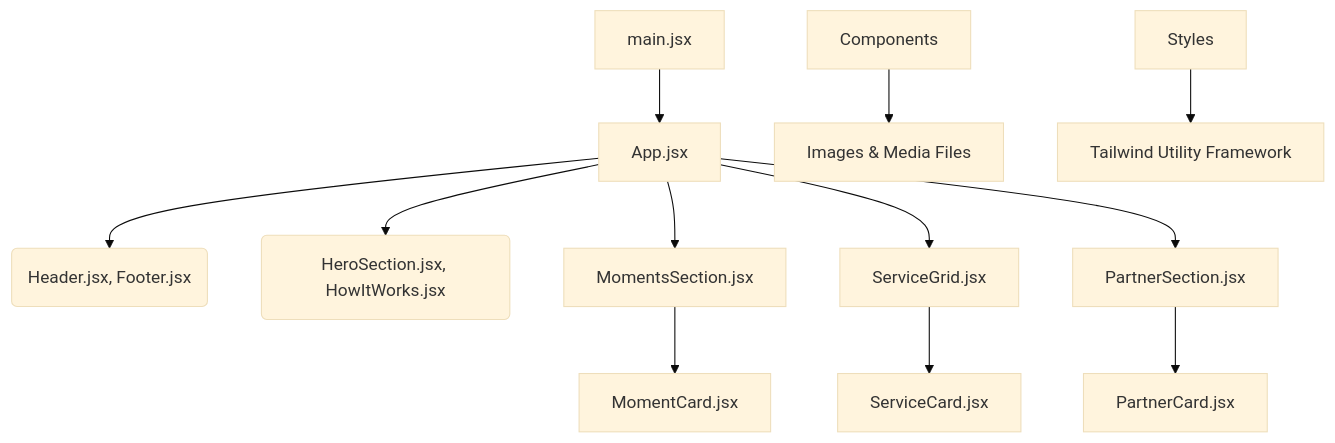
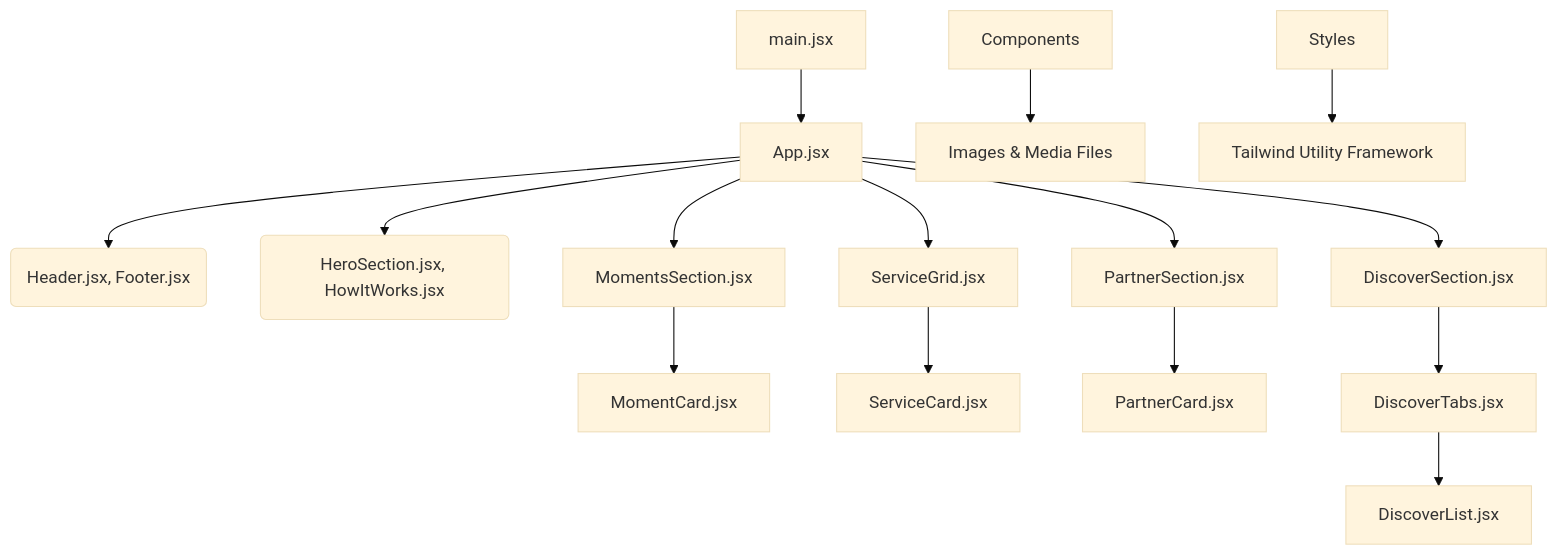
One commit to foosh-id/landing-pages changed the diagram in README.md. Above: the diagram before and after it, drawn with Mermaid (base theme). The commit also changed other lines of this file, not shown here.

Commit message:
docs: update README with Discover section structure and usage

````diff
--- a/README.md
+++ b/README.md
@@ -80,11 +84,12 @@
 ```mermaid
 graph TD
     main.jsx --> App.jsx
     App.jsx --> Layout(Header.jsx, Footer.jsx)
     App.jsx --> Sections(HeroSection.jsx, HowItWorks.jsx)
     App.jsx --> MomentsSection.jsx --> MomentCard.jsx
     App.jsx --> ServiceGrid.jsx --> ServiceCard.jsx
     App.jsx --> PartnerSection.jsx --> PartnerCard.jsx
+    App.jsx --> DiscoverSection.jsx --> DiscoverTabs.jsx --> DiscoverList.jsx
     Components --> Assets[Images & Media Files]
     Styles --> TailwindCSS[Tailwind Utility Framework]
 ```
````
